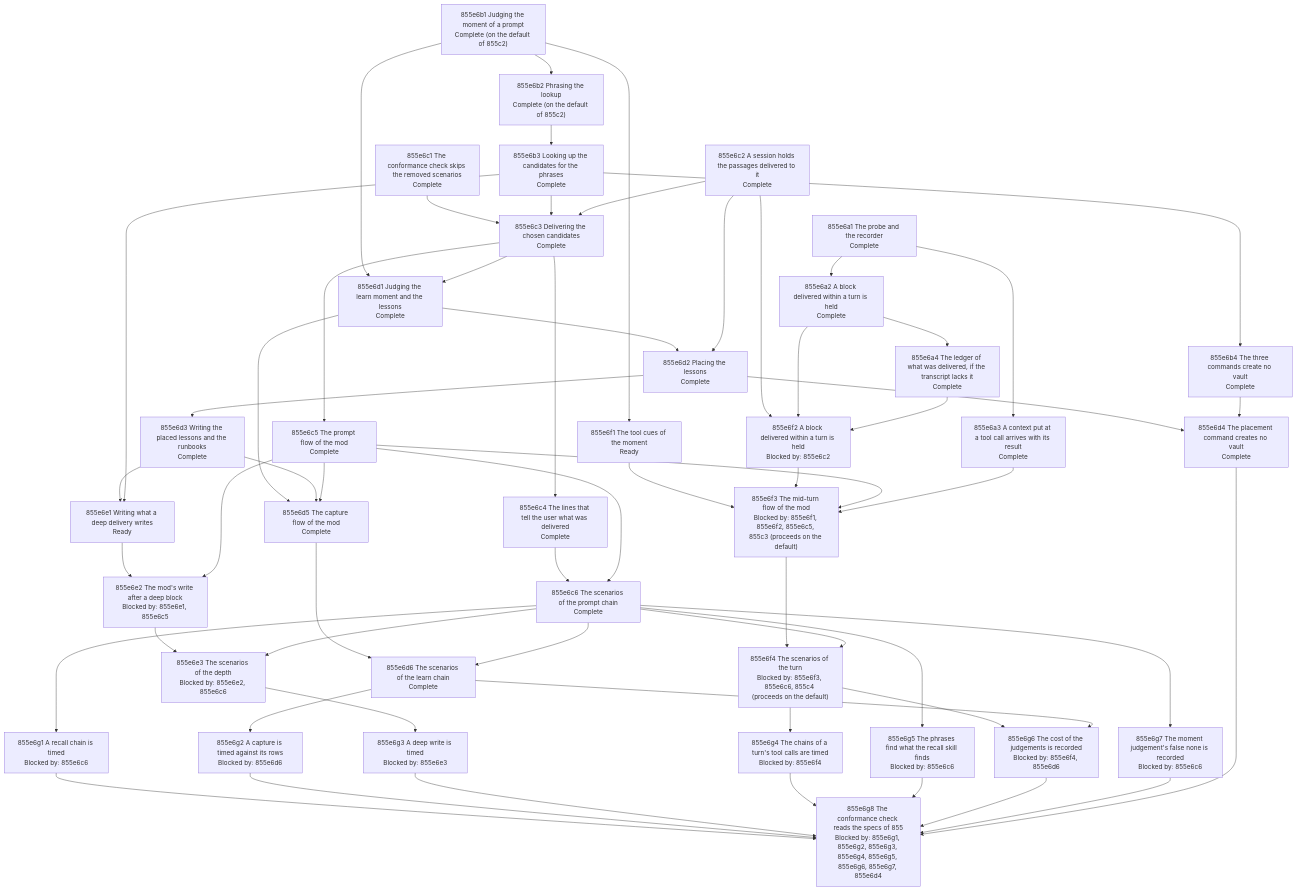
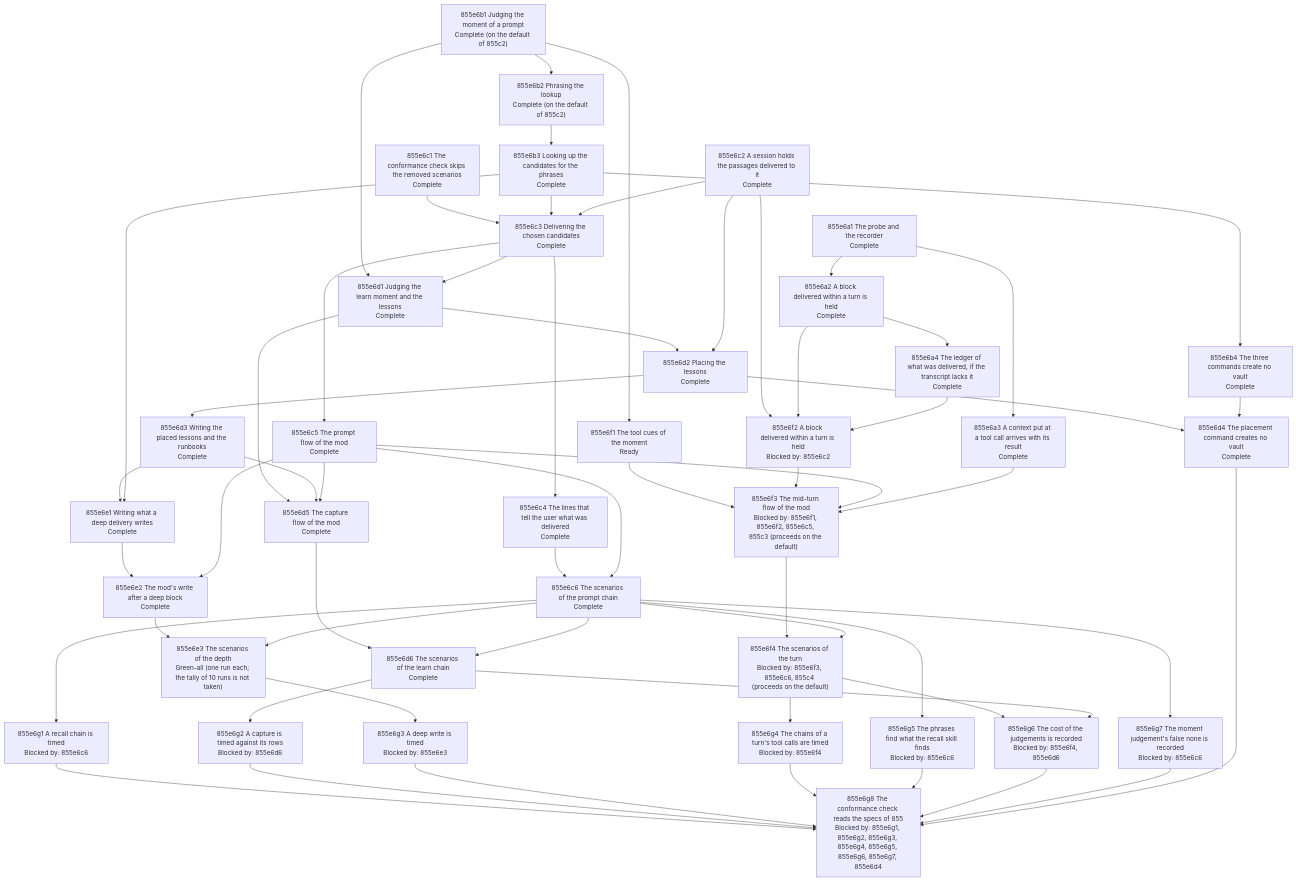
One commit to toejough/engram changed the diagram in docs/changes/855_judged-automatic-memory/855e_implementation-plan.md. Above: the diagram before and after it, drawn with Mermaid. The commit also changed other lines of this file and 1 other file, not shown here.

First line of the commit message:
docs(855b92,855b93,855b94,855e): the rows of group e carry their commits, the two product rows are Green-all on one run each, and decisions 855b92 to 855b94 (when a deep delivery writes, how its reply is read, the block to the note)

```diff
--- a/docs/changes/855_judged-automatic-memory/855e_implementation-plan.md
+++ b/docs/changes/855_judged-automatic-memory/855e_implementation-plan.md
@@ -73,9 +73,9 @@
     n855e6d4["855e6d4 The placement command creates no vault<br/>Complete"]
     n855e6d5["855e6d5 The capture flow of the mod<br/>Complete"]
     n855e6d6["855e6d6 The scenarios of the learn chain<br/>Complete"]
-    n855e6e1["855e6e1 Writing what a deep delivery writes<br/>Ready"]
-    n855e6e2["855e6e2 The mod's write after a deep block<br/>Blocked by: 855e6e1, 855e6c5"]
-    n855e6e3["855e6e3 The scenarios of the depth<br/>Blocked by: 855e6e2, 855e6c6"]
+    n855e6e1["855e6e1 Writing what a deep delivery writes<br/>Complete"]
+    n855e6e2["855e6e2 The mod's write after a deep block<br/>Complete"]
+    n855e6e3["855e6e3 The scenarios of the depth<br/>Green-all (one run each; the tally of 10 runs is not taken)"]
     n855e6f1["855e6f1 The tool cues of the moment<br/>Ready"]
     n855e6f2["855e6f2 A block delivered within a turn is held<br/>Blocked by: 855e6c2"]
     n855e6f3["855e6f3 The mid-turn flow of the mod<br/>Blocked by: 855e6f1, 855e6f2, 855e6c5, 855c3 (proceeds on the default)"]
```
